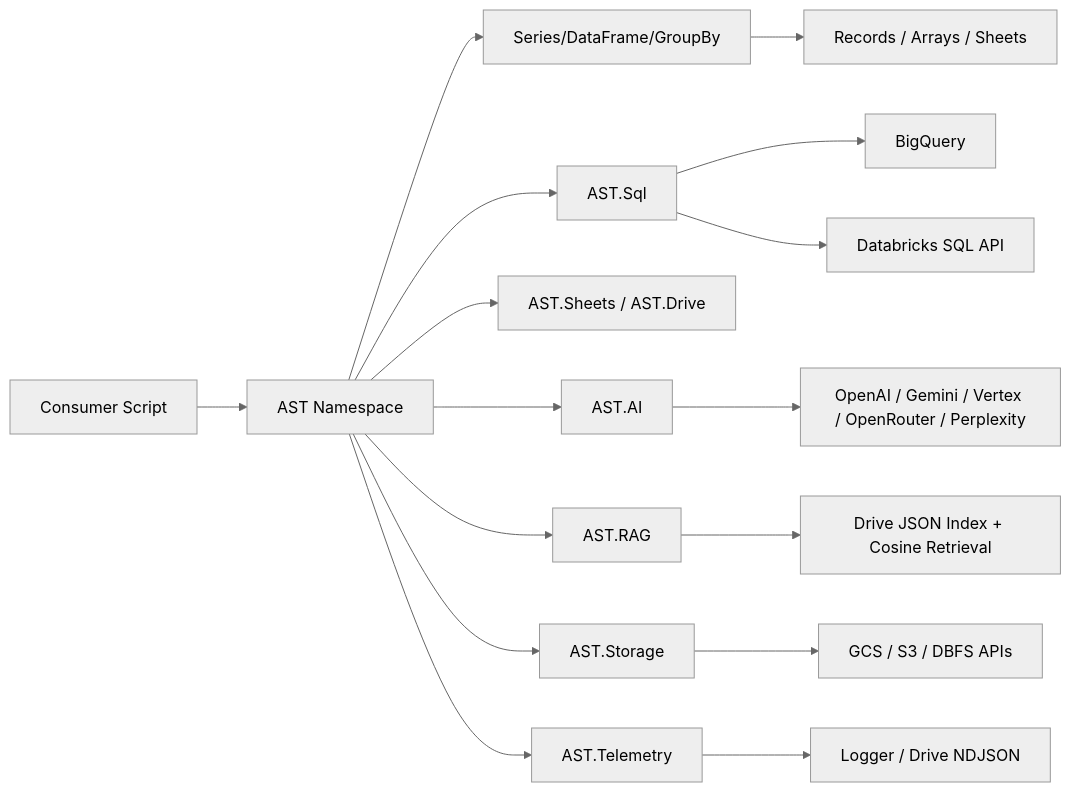
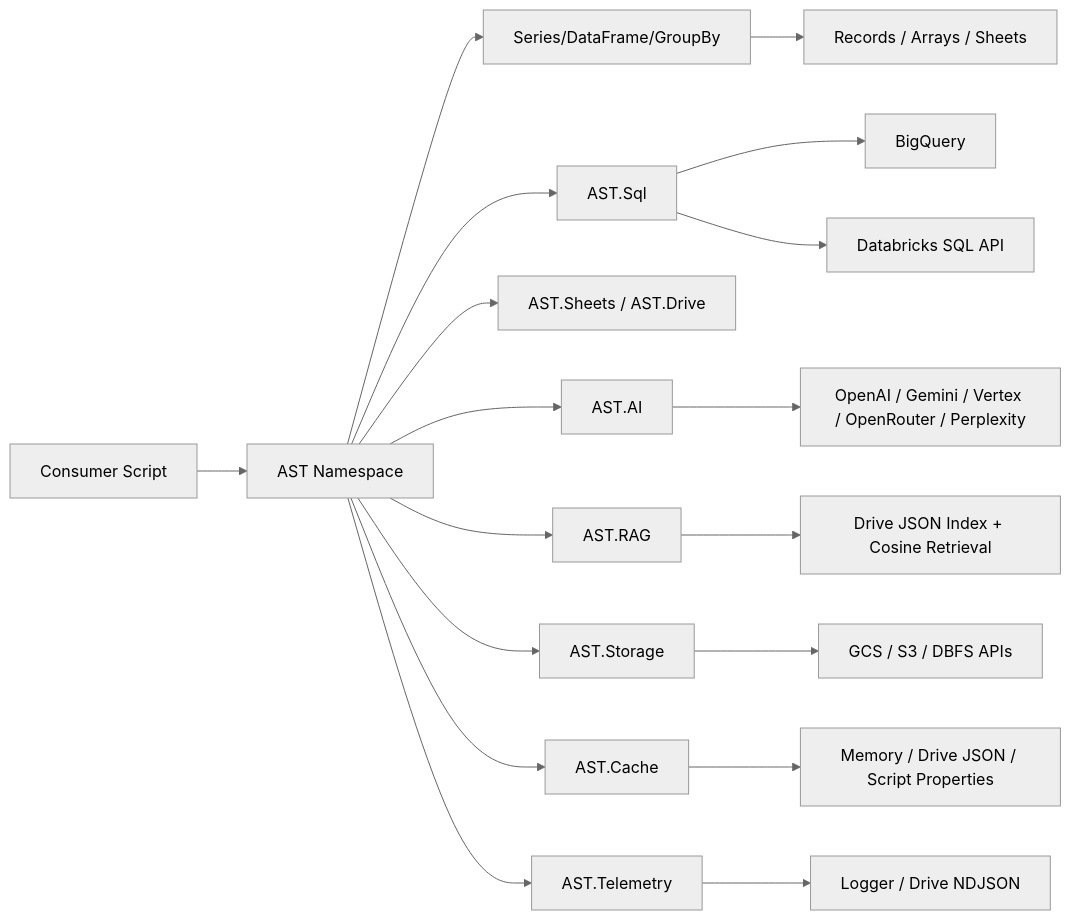
The diagram in docs/index.md (joe-broadhead/apps-script-tools), drawn with Mermaid (neutral theme) before and after one commit. The commit also changed other lines of this file and 21 other files, not shown here.

Commit message:
Add AST.Cache foundation with memory, drive, and script backends

````diff
--- a/docs/index.md
+++ b/docs/index.md
@@ -29,18 +30,20 @@
 ```mermaid
 flowchart LR
     A[Consumer Script] --> B[AST Namespace]
     B --> C[Series/DataFrame/GroupBy]
     B --> D[AST.Sql]
     B --> E[AST.Sheets / AST.Drive]
     B --> I[AST.AI]
     B --> K[AST.RAG]
     B --> M[AST.Storage]
+    B --> Q[AST.Cache]
     B --> O[AST.Telemetry]
     D --> F[BigQuery]
     D --> G[Databricks SQL API]
     I --> J[OpenAI / Gemini / Vertex / OpenRouter / Perplexity]
     K --> L[Drive JSON Index + Cosine Retrieval]
     M --> N[GCS / S3 / DBFS APIs]
+    Q --> R[Memory / Drive JSON / Script Properties]
     O --> P[Logger / Drive NDJSON]
     C --> H[Records / Arrays / Sheets]
 ```
````
